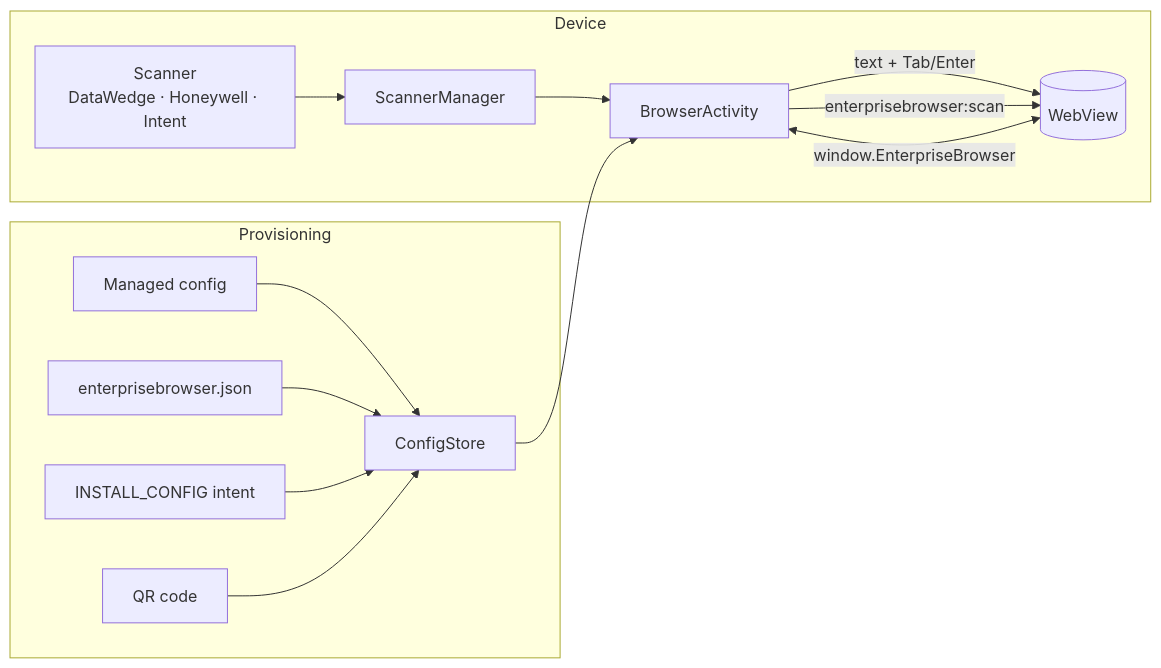
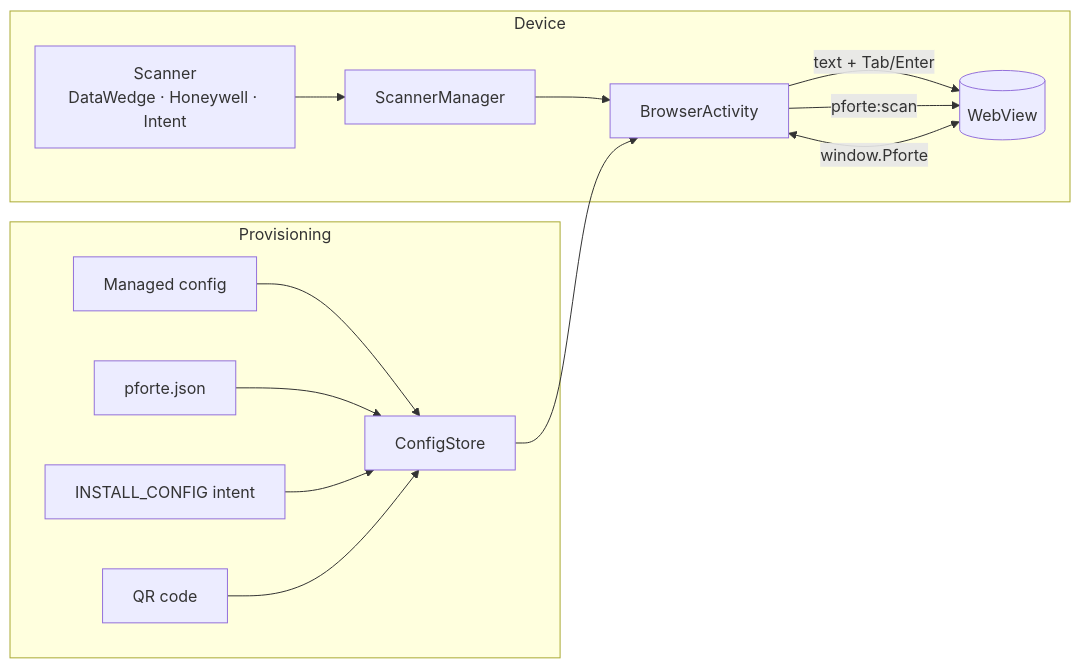
One commit to ict-baden/industrialkioskbrowser changed the diagram in README.md. Above: the diagram before and after it, drawn with Mermaid. The commit also changed other lines of this file and 114 other files, not shown here.

````diff
--- a/README.md
+++ b/README.md
@@ -147,17 +142,17 @@
 ```mermaid
 flowchart LR
   subgraph Device
     S[Scanner<br>DataWedge · Honeywell · Intent] --> M[ScannerManager]
     M --> B[BrowserActivity]
     B -->|text + Tab/Enter| W[(WebView)]
-    B -->|enterprisebrowser:scan| W
-    W <-->|window.EnterpriseBrowser| B
+    B -->|pforte:scan| W
+    W <-->|window.Pforte| B
   end
   subgraph Provisioning
     MC[Managed config] --> C[ConfigStore]
-    F[enterprisebrowser.json] --> C
+    F[pforte.json] --> C
     I[INSTALL_CONFIG intent] --> C
     Q[QR code] --> C
   end
   C --> B
 ```
````
